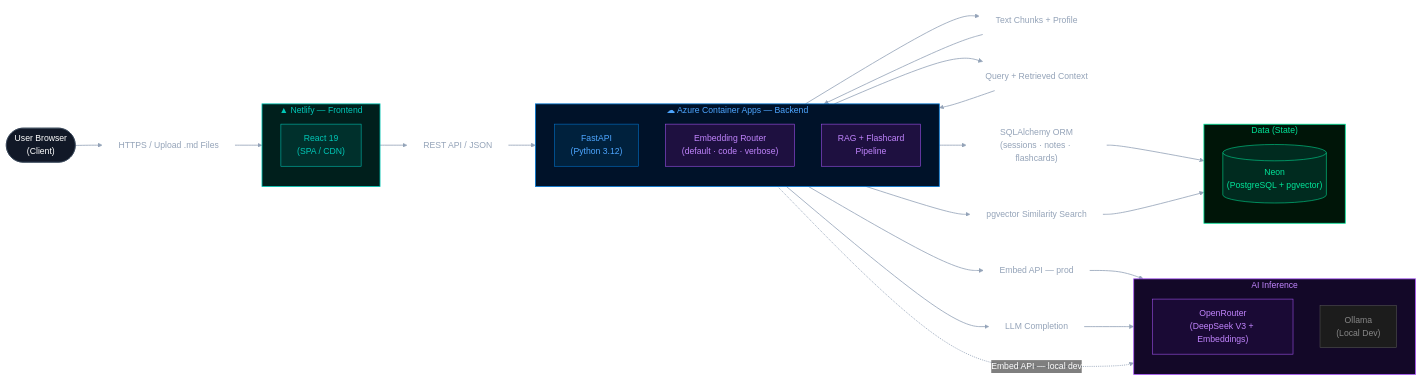
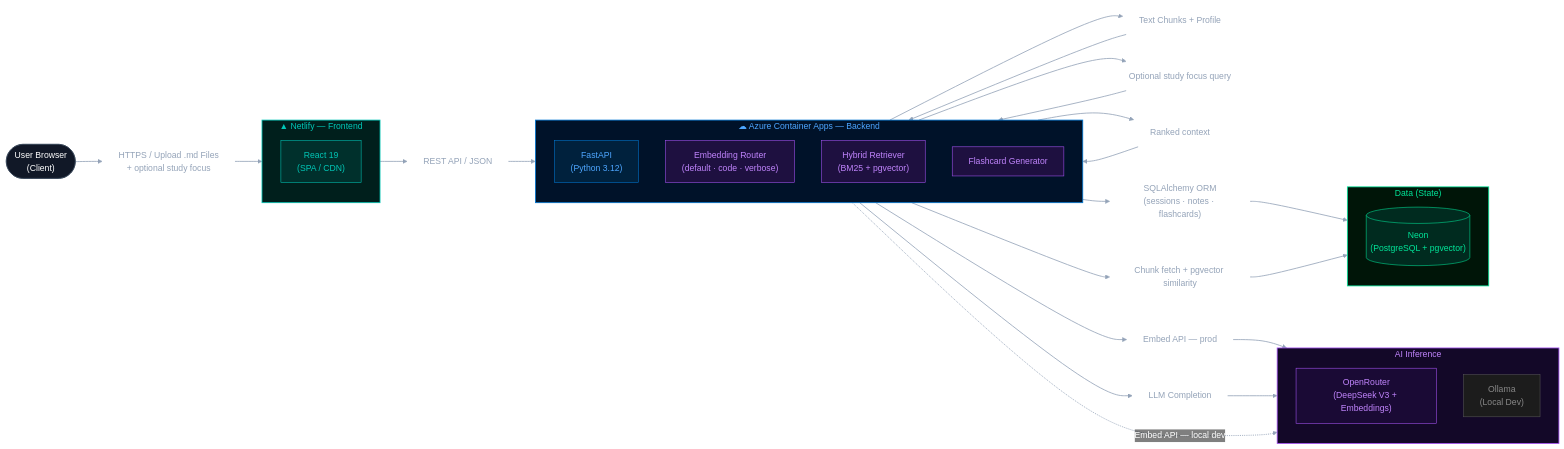
Before and after one commit to hua0-richard/rag-obs: the diagram in README.md, drawn with Mermaid. The commit also changed other lines of this file and 1 other file, not shown here.

Commit message:
Hybrid Retrieval Wired

```diff
--- a/README.md
+++ b/README.md
@@ -53,7 +53,8 @@
         direction TB
         API["FastAPI<br/>(Python 3.12)"]
         Embed["Embedding Router<br/>(default · code · verbose)"]
-        RAG["RAG + Flashcard<br/>Pipeline"]
+        Retrieve["Hybrid Retriever<br/>(BM25 + pgvector)"]
+        RAG["Flashcard Generator"]
     end
 
     subgraph Data["Data (State)"]
@@ -67,24 +68,26 @@
         Ollama["Ollama<br/>(Local Dev)"]
     end
 
-    L_User_Web["HTTPS / Upload .md Files"]
+    L_User_Web["HTTPS / Upload .md Files<br/>+ optional study focus"]
     L_Web_API["REST API / JSON"]
     L_API_Embed["Text Chunks + Profile"]
-    L_API_RAG["Query + Retrieved Context"]
+    L_API_Retrieve["Optional study focus query"]
+    L_Retrieve_RAG["Ranked context"]
     L_API_DB["SQLAlchemy ORM<br/>(sessions · notes · flashcards)"]
     L_Embed_OR["Embed API — prod"]
     L_RAG_OR["LLM Completion"]
-    L_RAG_DB["pgvector Similarity Search"]
+    L_Retrieve_DB["Chunk fetch + pgvector similarity"]
 
     User --> L_User_Web --> Web
     Web --> L_Web_API --> API
     API --> L_API_Embed --> Embed
-    API --> L_API_RAG --> RAG
+    API --> L_API_Retrieve --> Retrieve
     API --> L_API_DB --> DB
     Embed --> L_Embed_OR --> OR
     Embed -.->|"Embed API — local dev"| Ollama
+    Retrieve --> L_Retrieve_DB --> DB
+    Retrieve --> L_Retrieve_RAG --> RAG
     RAG --> L_RAG_OR --> OR
-    RAG --> L_RAG_DB --> DB
 
     classDef neutral    fill:#111827,stroke:#334155,color:#ffffff;
     classDef netlify    fill:#00302c,stroke:#00c7b7,color:#00c7b7;
@@ -98,11 +101,11 @@
     class User neutral;
     class Web netlify;
     class API fastapi;
-    class Embed,RAG violet;
+    class Embed,Retrieve,RAG violet;
     class DB neon;
     class OR openrouter;
     class Ollama ollama;
-    class L_User_Web,L_Web_API,L_API_Embed,L_API_RAG,L_API_DB,L_Embed_OR,L_RAG_OR,L_RAG_DB edgeText;
+    class L_User_Web,L_Web_API,L_API_Embed,L_API_Retrieve,L_Retrieve_RAG,L_API_DB,L_Embed_OR,L_RAG_OR,L_Retrieve_DB edgeText;
 
     style Frontend fill:#001f1c,stroke:#00c7b7,color:#00c7b7,stroke-width:1.5px
     style Backend  fill:#001229,stroke:#0078d4,color:#4da6ff,stroke-width:1.5px
```
